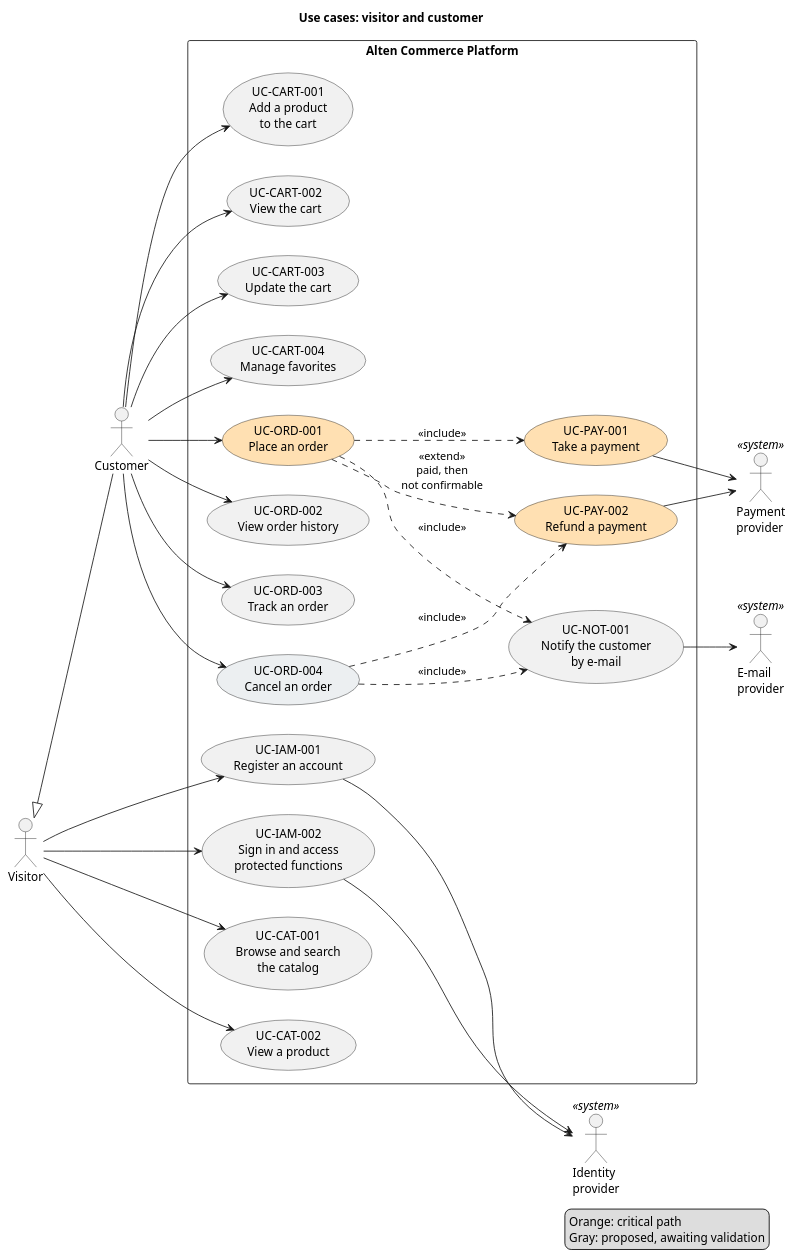
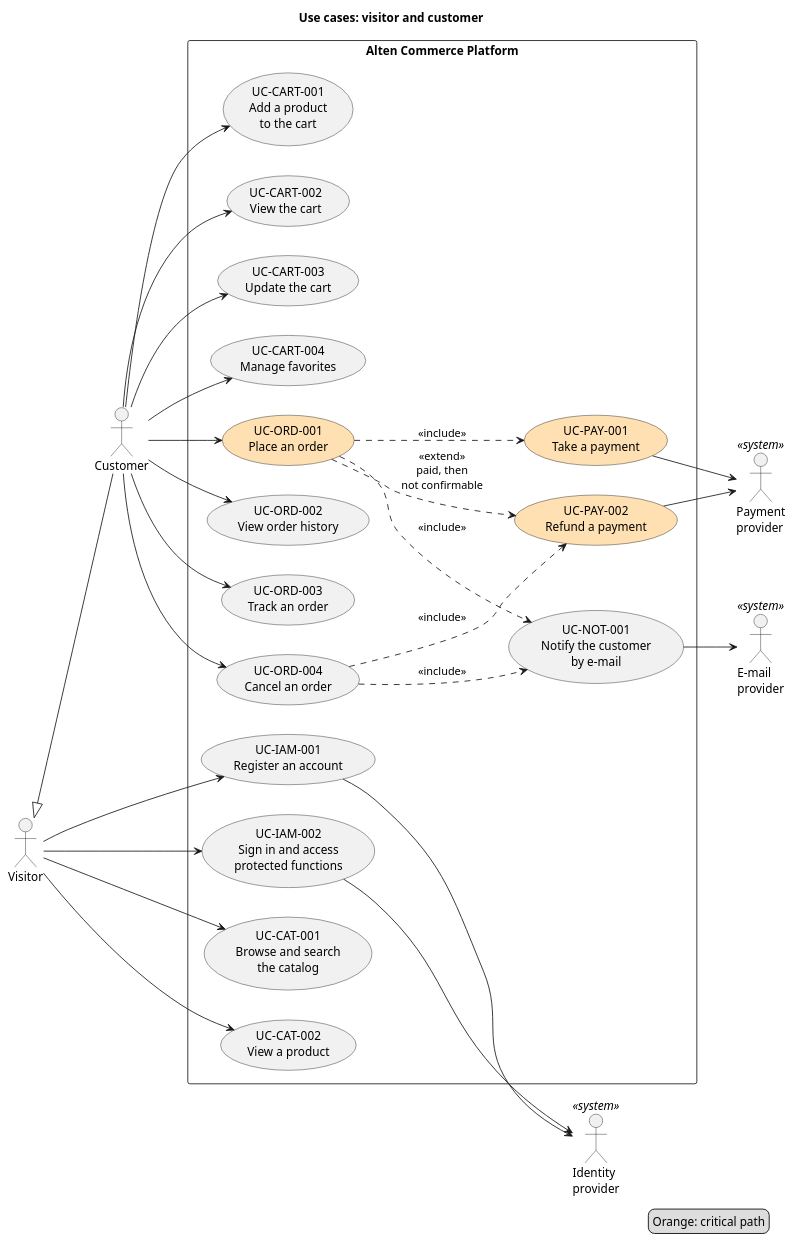
One commit to AxeloLabs/alten-commerce-platform changed the diagram in doc/2-spec/01-business-needs/diagrams/use-cases-customer.puml. Above: the diagram before and after it, drawn with PlantUML. The commit also changed 14 other files, not shown here.

```diff
--- a/doc/2-spec/01-business-needs/diagrams/use-cases-customer.puml
+++ b/doc/2-spec/01-business-needs/diagrams/use-cases-customer.puml
@@ -1,61 +1,60 @@
 @startuml
 title Use cases: visitor and customer
 
 left to right direction
 
 actor Visitor as V
 actor Customer as C
 V <|-- C
 
 rectangle "Alten Commerce Platform" {
   usecase "UC-IAM-001\nRegister an account" as IAM1
   usecase "UC-IAM-002\nSign in and access\nprotected functions" as IAM2
   usecase "UC-CAT-001\nBrowse and search\nthe catalog" as CAT1
   usecase "UC-CAT-002\nView a product" as CAT2
   usecase "UC-CART-001\nAdd a product\nto the cart" as CART1
   usecase "UC-CART-002\nView the cart" as CART2
   usecase "UC-CART-003\nUpdate the cart" as CART3
   usecase "UC-CART-004\nManage favorites" as CART4
   usecase "UC-ORD-001\nPlace an order" as ORD1 #FFE0B2
   usecase "UC-ORD-002\nView order history" as ORD2
   usecase "UC-ORD-003\nTrack an order" as ORD3
-  usecase "UC-ORD-004\nCancel an order" as ORD4 #ECEFF1
+  usecase "UC-ORD-004\nCancel an order" as ORD4
   usecase "UC-PAY-001\nTake a payment" as PAY1 #FFE0B2
   usecase "UC-PAY-002\nRefund a payment" as PAY2 #FFE0B2
   usecase "UC-NOT-001\nNotify the customer\nby e-mail" as NOT1
 }
 
 actor "Identity\nprovider" as IDP <<system>>
 actor "Payment\nprovider" as PSP <<system>>
 actor "E-mail\nprovider" as MAIL <<system>>
 
 V --> IAM1
 V --> IAM2
 V --> CAT1
 V --> CAT2
 C --> CART1
 C --> CART2
 C --> CART3
 C --> CART4
 C --> ORD1
 C --> ORD2
 C --> ORD3
 C --> ORD4
 
 ORD1 ..> PAY1 : <<include>>
 ORD1 ..> NOT1 : <<include>>
 ORD1 ..> PAY2 : <<extend>>\npaid, then\nnot confirmable
 ORD4 ..> PAY2 : <<include>>
 ORD4 ..> NOT1 : <<include>>
 
 IAM1 --> IDP
 IAM2 --> IDP
 PAY1 --> PSP
 PAY2 --> PSP
 NOT1 --> MAIL
 
 legend right
   Orange: critical path
-  Gray: proposed, awaiting validation
 endlegend
 @enduml
```
